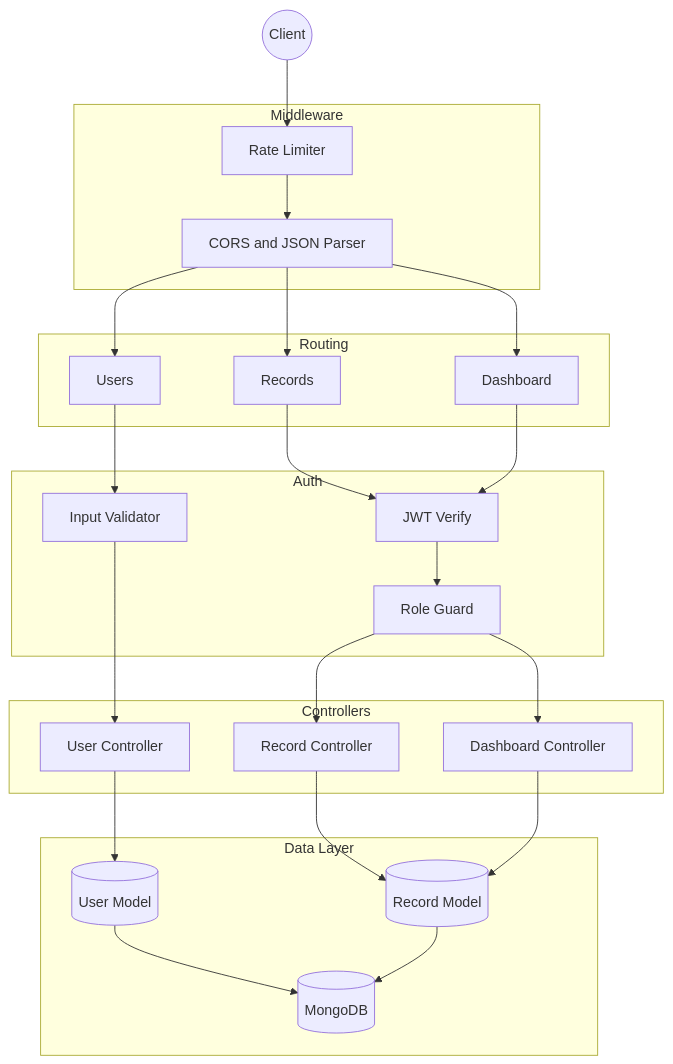
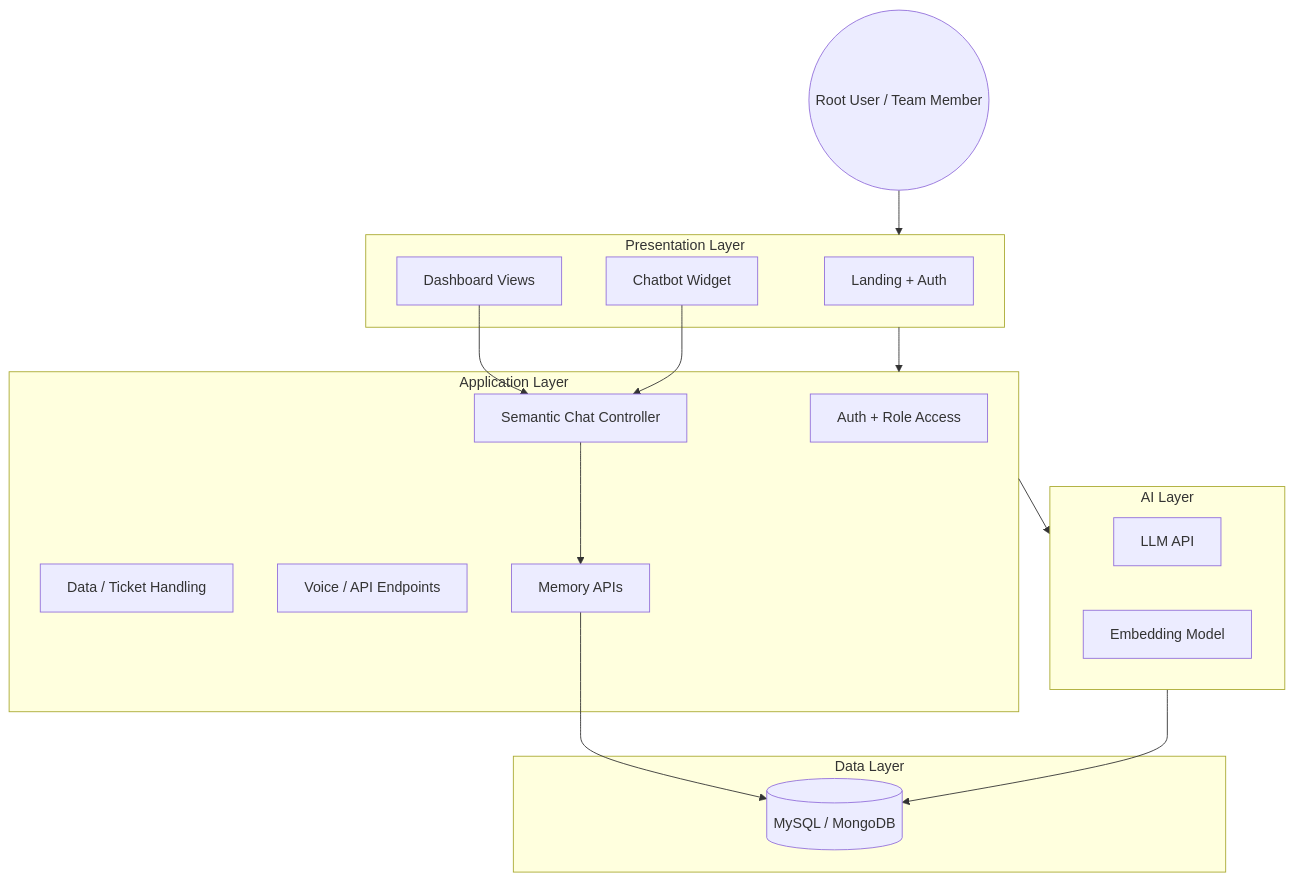
One commit to VivekReddyVicky24/Zorvyn changed the diagram in README.md. Above: the diagram before and after it, drawn with Mermaid.

Commit message:
Revise architecture diagram in README
Updated architecture diagram to include new components and modify database type.

````diff
--- a/README.md
+++ b/README.md
@@ -66,44 +66,42 @@
 ```mermaid
 graph TD
-    Client((Client))
 
-    subgraph MW [Middleware]
-        RL[Rate Limiter]
-        CP[CORS and JSON Parser]
+    User((Root User / Team Member))
+
+    %% Presentation
+    subgraph PL [Presentation Layer]
+        L[Landing + Auth]
+        D[Dashboard Views]
+        C[Chatbot Widget]
     end
 
-    subgraph RT [Routing]
-        UR[Users]
-        RR[Records]
-        DR[Dashboard]
+    %% Backend
+    subgraph AL [Application Layer]
+        A[Auth + Role Access]
+        T[Data / Ticket Handling]
+        V[Voice / API Endpoints]
+        S[Semantic Chat Controller]
+        M[Memory APIs]
     end
 
-    subgraph AU [Auth]
-        JW[JWT Verify]
-        RG[Role Guard]
-        IV[Input Validator]
+    %% AI
+    subgraph AI [AI Layer]
+        G[LLM API]
+        E[Embedding Model]
     end
 
-    subgraph CT [Controllers]
-        UC[User Controller]
-        RC[Record Controller]
-        DC[Dashboard Controller]
+    %% Database
+    subgraph DL [Data Layer]
+        DB[(MySQL / MongoDB)]
     end
 
-    subgraph DL [Data Layer]
-        UM[(User Model)]
-        RM[(Record Model)]
-        DB[(MongoDB)]
-    end
-
-    Client --> RL --> CP
-    CP --> UR & RR & DR
-    UR --> IV --> UC
-    RR --> JW
-    DR --> JW
-    JW --> RG
-    RG --> RC & DC
-    UC --> UM --> DB
-    RC --> RM --> DB
-    DC --> RM
+    %% Connections
+    User --> PL
+    PL --> AL
+    D --> S
+    C --> S
+    AL --> AI
+    S --> M
+    M --> DB
+    AI --> DB
 ```
````
